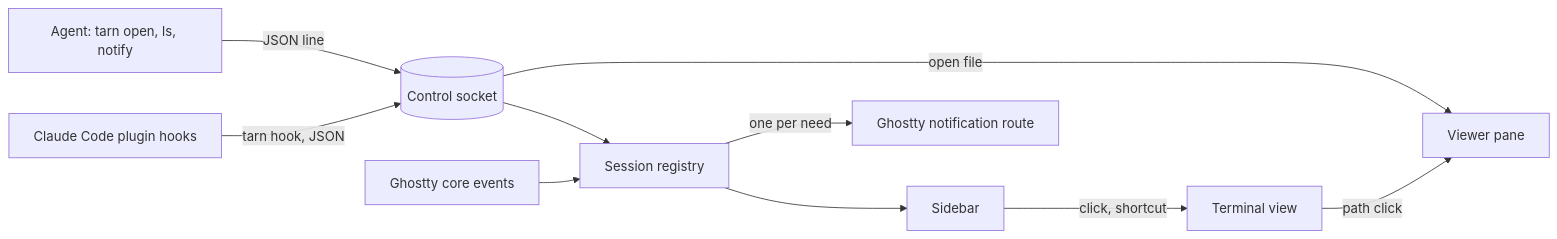
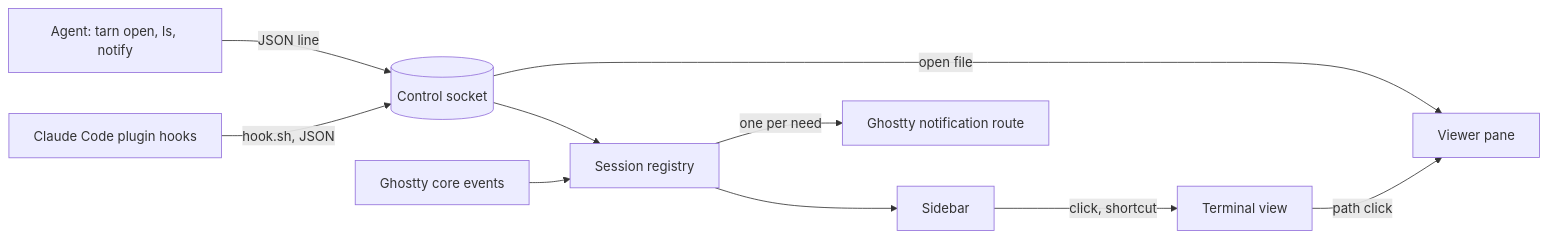
One commit to daniil4545/tarn changed the diagram in docs/spec.md. Above: the diagram before and after it, drawn with Mermaid. The commit also changed other lines of this file and 12 other files, not shown here.

````diff
--- a/docs/spec.md
+++ b/docs/spec.md
@@ -80,12 +79,12 @@
 ```mermaid
 flowchart LR
-  plug["Claude Code plugin hooks"] -->|"tarn hook, JSON"| sock[("Control socket")]
+  plug["Claude Code plugin hooks"] -->|"hook.sh, JSON"| sock[("Control socket")]
   agent["Agent: tarn open, ls, notify"] -->|"JSON line"| sock
   sock --> reg["Session registry"]
   core["Ghostty core events"] --> reg
   reg --> side["Sidebar"]
   reg -->|"one per need"| note["Ghostty notification route"]
   side -->|"click, shortcut"| term["Terminal view"]
   term -->|"path click"| panel["Viewer pane"]
   sock -->|"open file"| panel
 ```
````
